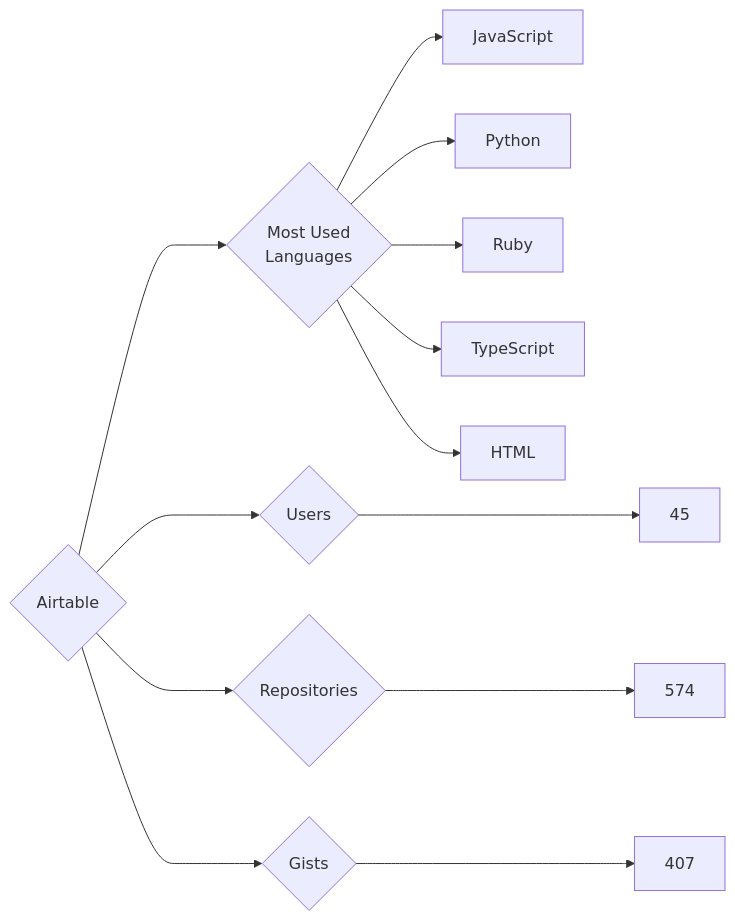
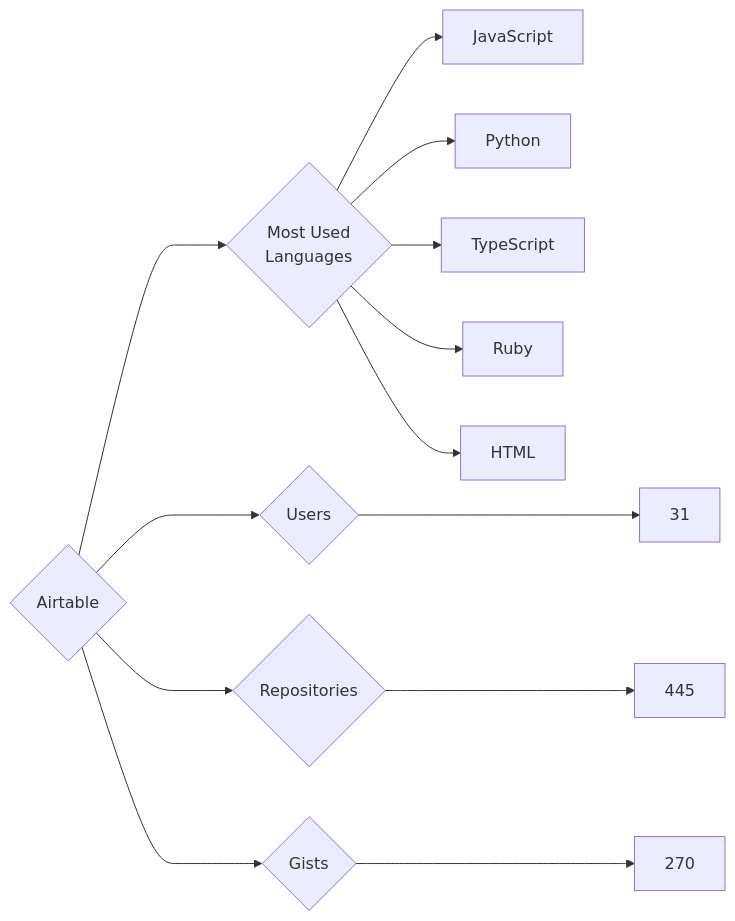
One commit to trickest/insiders changed the diagram in targets/Airtable/README.md. Above: the diagram before and after it, drawn with Mermaid. The commit also changed 944 other files, not shown here.

````diff
--- a/targets/Airtable/README.md
+++ b/targets/Airtable/README.md
@@ -3,13 +3,13 @@
 ```mermaid
 graph LR
 COMPANY_NAME{Airtable}
-COMPANY_NAME ---> U{Users} ---> UN[45]
-COMPANY_NAME ---> R{Repositories} ---> RN[574]
-COMPANY_NAME ---> G{Gists} ---> GN[407]
+COMPANY_NAME ---> U{Users} ---> UN[31]
+COMPANY_NAME ---> R{Repositories} ---> RN[445]
+COMPANY_NAME ---> G{Gists} ---> GN[270]
 COMPANY_NAME ---> ML{Most Used<br>Languages}
 ML --> JavaScript[JavaScript]
 ML --> Python[Python]
+ML --> TypeScript[TypeScript]
 ML --> Ruby[Ruby]
-ML --> TypeScript[TypeScript]
 ML --> HTML[HTML]
 ```
````
